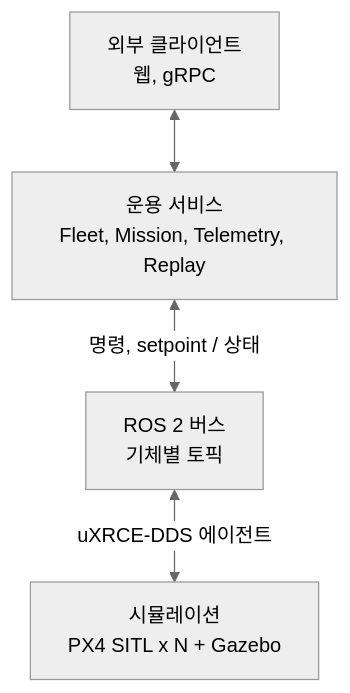
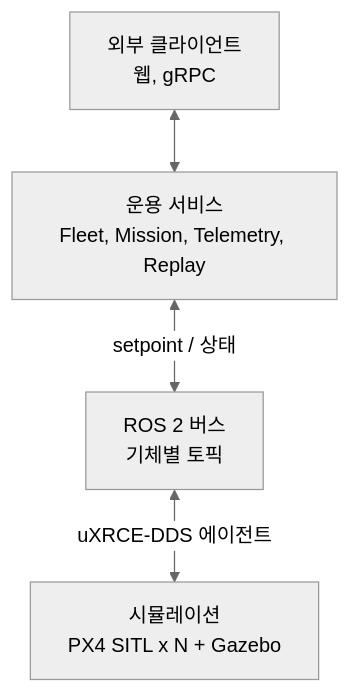
One commit to danielhongwoo/idsim changed the first of 8 diagrams in docs/architecture.md. Above: the diagram before and after it, drawn with Mermaid (neutral theme). The commit also changed other lines of this file and 1 other file, not shown here.

First line of the commit message:
architecture.md의 모든 그림을 더 작은 기준으로 다시 나눔

````diff
--- a/docs/architecture.md
+++ b/docs/architecture.md
@@ -28,10 +28,10 @@
 ```mermaid
 flowchart TB
   OPS["운용 서비스<br/>Fleet, Mission, Telemetry, Replay"]
   BUS["ROS 2 버스<br/>기체별 토픽"]
   SIM["시뮬레이션<br/>PX4 SITL x N + Gazebo"]
   EXT["외부 클라이언트<br/>웹, gRPC"]
   EXT <--> OPS
-  OPS <-->|"명령, setpoint / 상태"| BUS
+  OPS <-->|"setpoint / 상태"| BUS
   BUS <-->|"uXRCE-DDS 에이전트"| SIM
 ```
````
